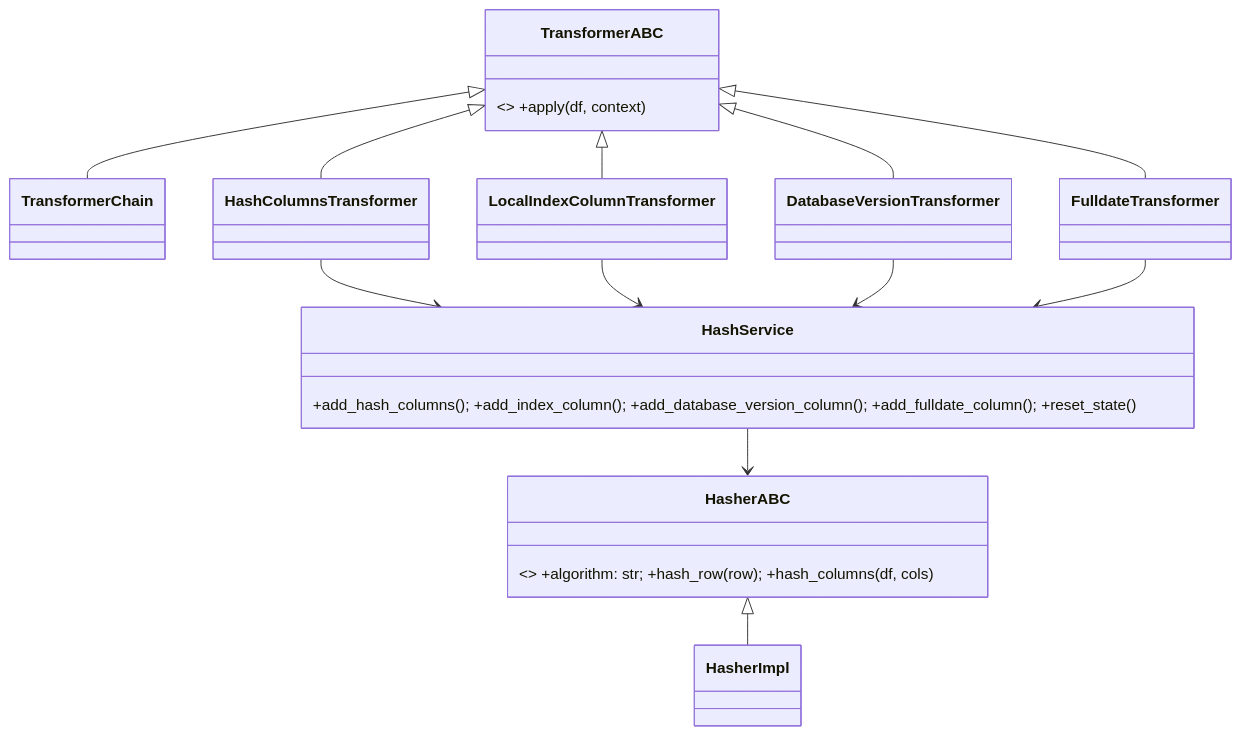
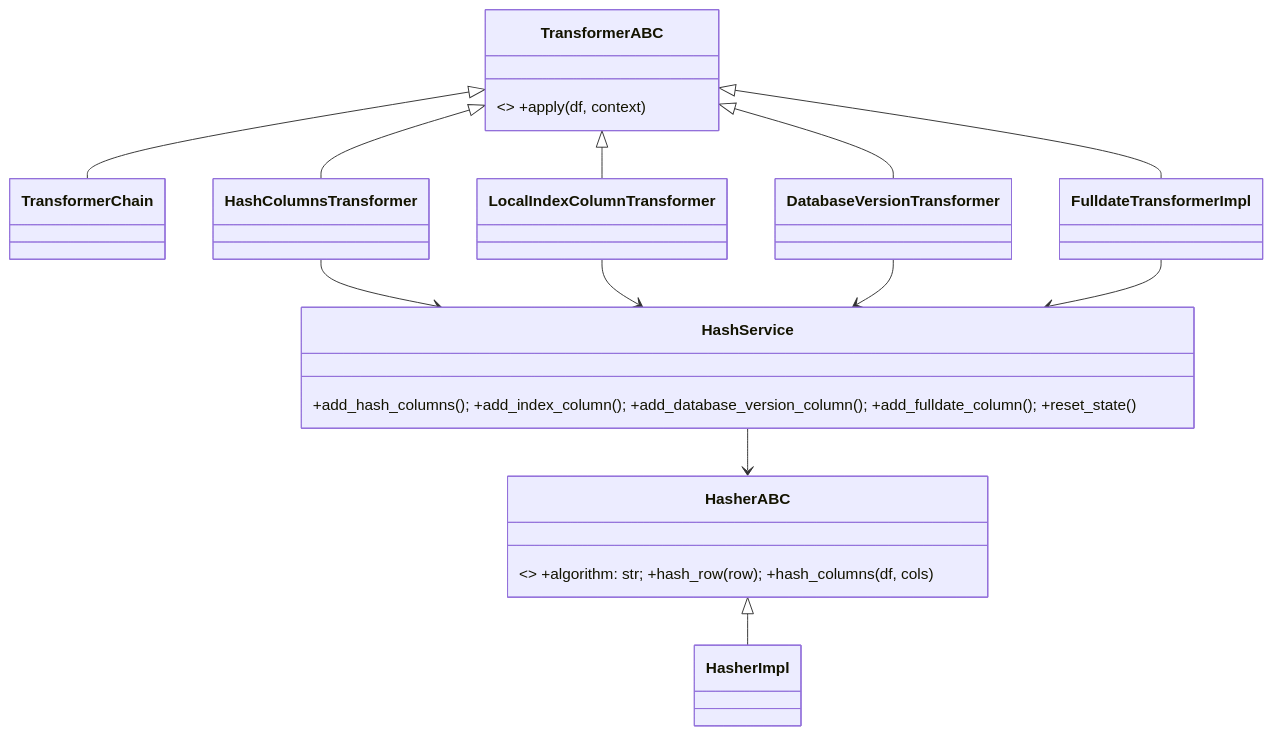
One commit to SatoryKono/BioactivityDataAcquisition changed the fourth of 6 diagrams in docs/domain-class-diagrams.md. Above: the diagram before and after it, drawn with Mermaid. The commit also changed 10 other files, not shown here.

Commit message:
Use run context timestamp for fulldate transformer

````diff
--- a/docs/domain-class-diagrams.md
+++ b/docs/domain-class-diagrams.md
@@ -132,24 +132,24 @@
 ```mermaid
 classDiagram
     class HasherABC { <<ABC>> +algorithm: str; +hash_row(row); +hash_columns(df, cols) }
     class HasherImpl
     class HashService { +add_hash_columns(); +add_index_column(); +add_database_version_column(); +add_fulldate_column(); +reset_state() }
     class TransformerABC { <<ABC>> +apply(df, context) }
     class TransformerChain
     class HashColumnsTransformer
     class LocalIndexColumnTransformer
     class DatabaseVersionTransformer
-    class FulldateTransformer
+    class FulldateTransformerImpl
 
     HasherABC <|-- HasherImpl
     HashService --> HasherABC
     TransformerABC <|-- TransformerChain
     TransformerABC <|-- HashColumnsTransformer
     TransformerABC <|-- LocalIndexColumnTransformer
     TransformerABC <|-- DatabaseVersionTransformer
-    TransformerABC <|-- FulldateTransformer
+    TransformerABC <|-- FulldateTransformerImpl
     HashColumnsTransformer --> HashService
     LocalIndexColumnTransformer --> HashService
     DatabaseVersionTransformer --> HashService
-    FulldateTransformer --> HashService
+    FulldateTransformerImpl --> HashService
 ```
````
